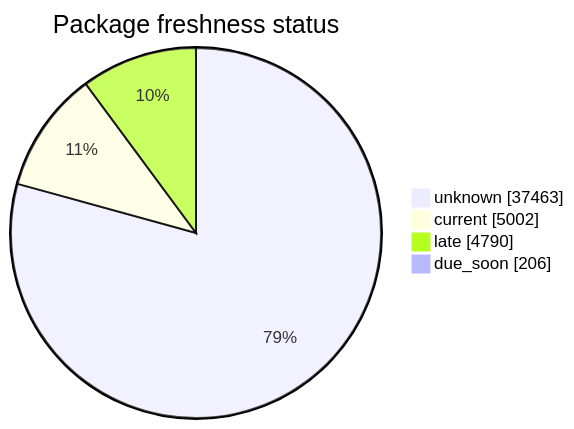
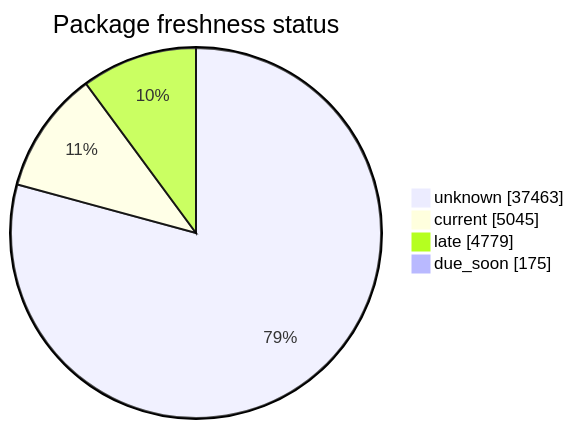
One commit to open-data/analytics-corporate-reporting changed the second of 5 diagrams in FreshCheck/README.md. Above: the diagram before and after it, drawn with Mermaid. The commit also changed other lines of this file and 3 other files, not shown here.

````diff
--- a/FreshCheck/README.md
+++ b/FreshCheck/README.md
@@ -69,7 +69,7 @@
 ```mermaid
 pie showData title Package freshness status
     "unknown": 37463
-    "current": 5002
-    "late": 4790
-    "due_soon": 206
+    "current": 5045
+    "late": 4779
+    "due_soon": 175
 ```
````
